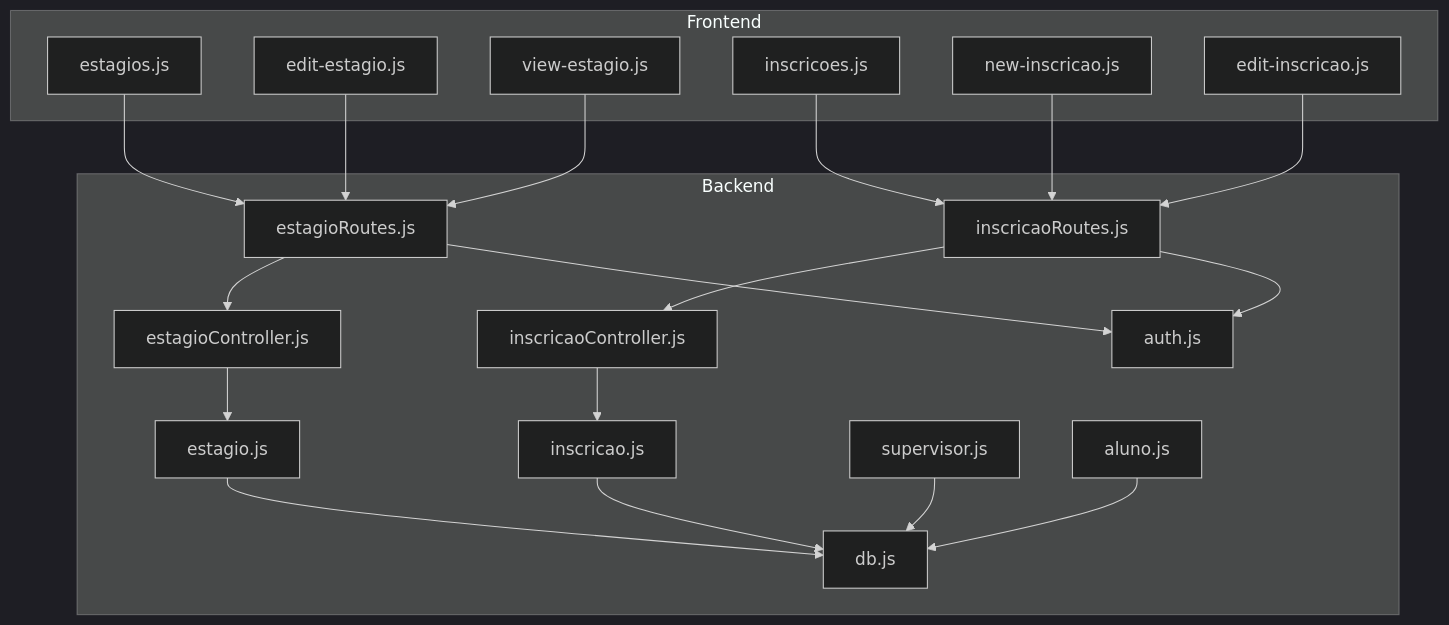
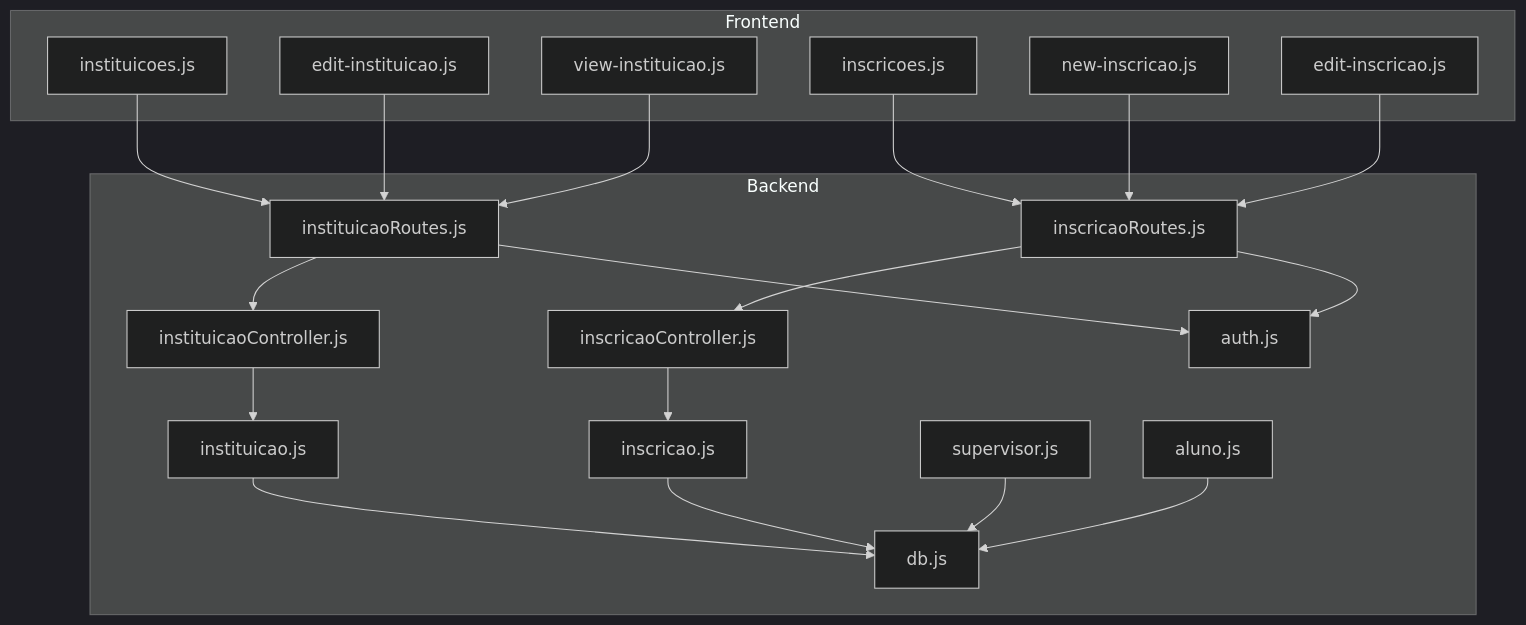
One commit to luiseduacosta/nodemural changed the first of 8 diagrams in .qoder/repowiki/en/content/Core Features Implementation/Internship Management.md. Above: the diagram before and after it, drawn with Mermaid (dark theme). The commit also changed other lines of this file and 25 other files, not shown here.

````diff
--- a/.qoder/repowiki/en/content/Core Features Implementation/Internship Management.md
+++ b/.qoder/repowiki/en/content/Core Features Implementation/Internship Management.md
@@ -45,39 +45,39 @@
 ```mermaid
 graph TB
 subgraph "Frontend"
-FE_Estagios["estagios.js"]
-FE_EditEstagio["edit-estagio.js"]
-FE_ViewEstagio["view-estagio.js"]
+FE_Estagios["instituicoes.js"]
+FE_EditEstagio["edit-instituicao.js"]
+FE_ViewEstagio["view-instituicao.js"]
 FE_Inscricoes["inscricoes.js"]
 FE_NewInscricao["new-inscricao.js"]
 FE_EditInscricao["edit-inscricao.js"]
 end
 subgraph "Backend"
-R_Estagio["estagioRoutes.js"]
-C_Estagio["estagioController.js"]
-M_Estagio["estagio.js"]
+R_Estagio["instituicaoRoutes.js"]
+C_Estagio["instituicaoController.js"]
+M_Estagio["instituicao.js"]
 R_Inscricao["inscricaoRoutes.js"]
 C_Inscricao["inscricaoController.js"]
 M_Inscricao["inscricao.js"]
 M_Supervisor["supervisor.js"]
 M_Aluno["aluno.js"]
 MW_Auth["auth.js"]
 DB["db.js"]
 end
 FE_Estagios --> R_Estagio
 FE_EditEstagio --> R_Estagio
 FE_ViewEstagio --> R_Estagio
 FE_Inscricoes --> R_Inscricao
 FE_NewInscricao --> R_Inscricao
 FE_EditInscricao --> R_Inscricao
 R_Estagio --> C_Estagio
 R_Inscricao --> C_Inscricao
 C_Estagio --> M_Estagio
 C_Inscricao --> M_Inscricao
 M_Estagio --> DB
 M_Inscricao --> DB
 M_Supervisor --> DB
 M_Aluno --> DB
 R_Inscricao --> MW_Auth
 R_Estagio --> MW_Auth
 ```
````
